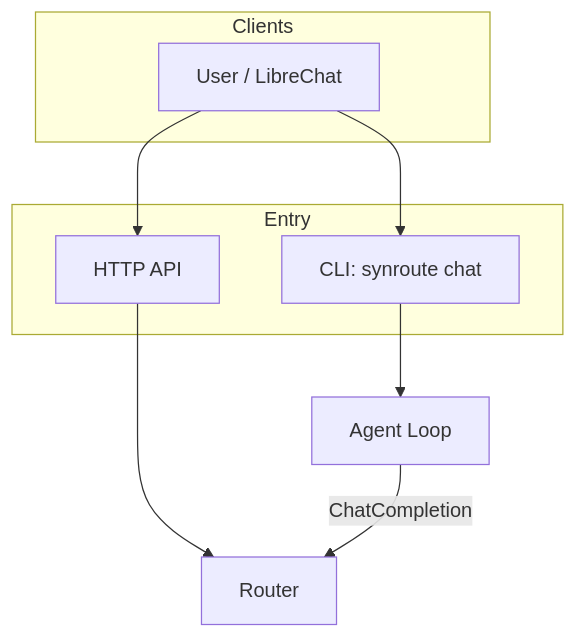
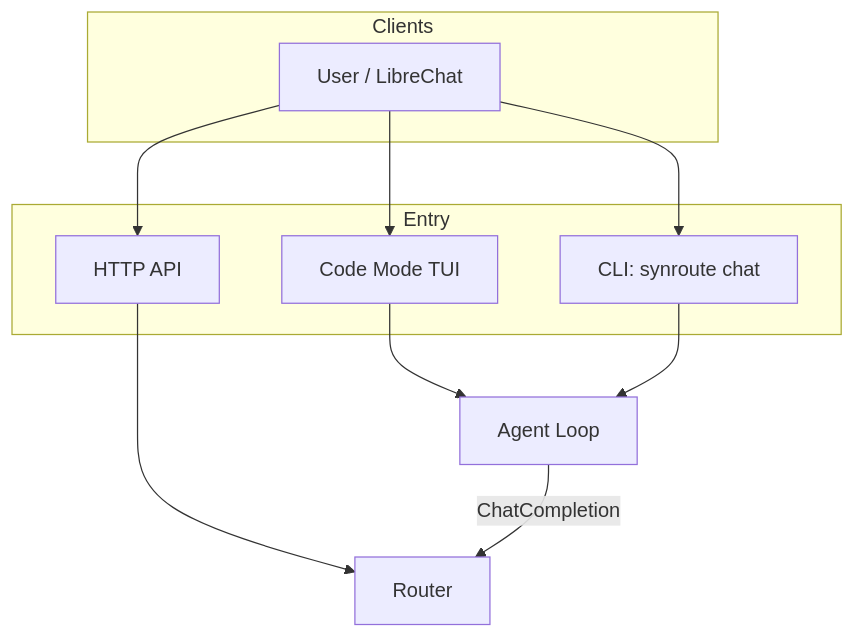
One commit to gr3enarr0w/synapserouter changed the first of 5 diagrams in docs/architecture/Architecture Overview.md. Above: the diagram before and after it, drawn with Mermaid. The commit also changed other lines of this file and 8 other files, not shown here.

````diff
--- a/docs/architecture/Architecture Overview.md
+++ b/docs/architecture/Architecture Overview.md
@@ -15,18 +15,21 @@
 ```mermaid
 graph TD
     subgraph Clients
         User[User / LibreChat]
     end
 
     subgraph Entry
         HTTP[HTTP API]
+        Code[Code Mode TUI]
         CLI[CLI: synroute chat]
     end
 
     User --> HTTP
+    User --> Code
     User --> CLI
 
     HTTP --> Router[Router]
-    CLI --> Agent[Agent Loop]
+    Code --> Agent[Agent Loop]
+    CLI --> Agent
     Agent -->|ChatCompletion| Router
 ```
````
